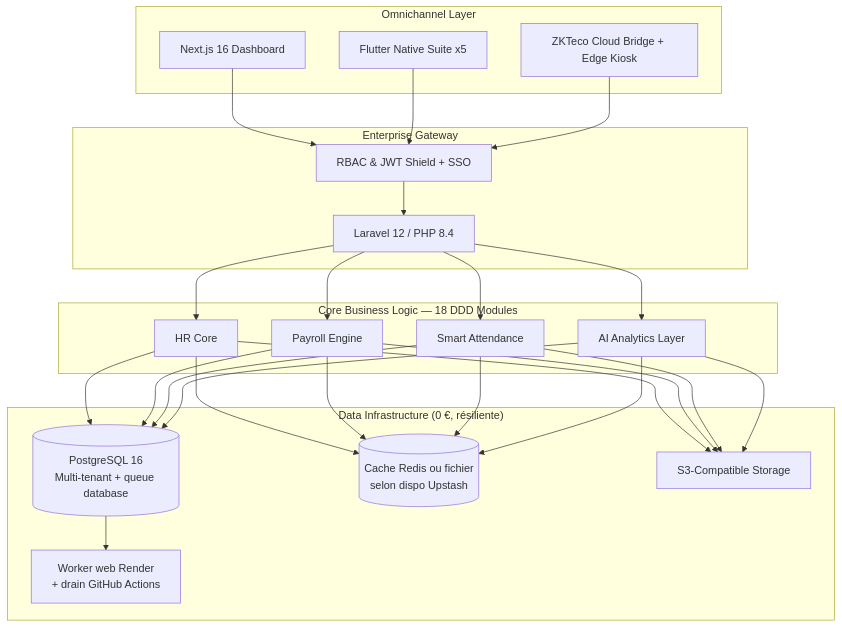
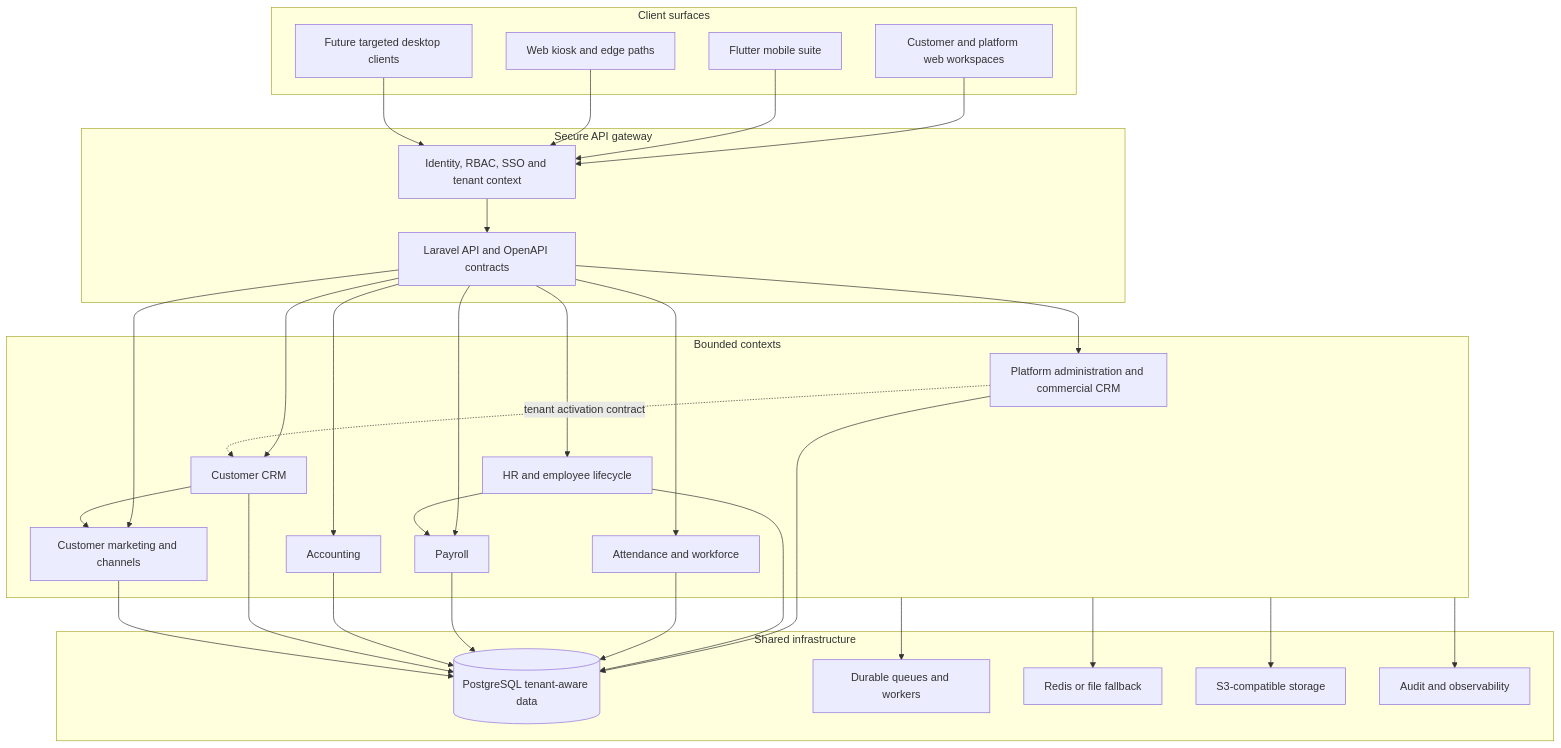
The diagram in README.md (kitokoh/leopardo-hr), drawn with Mermaid before and after one commit. The commit also changed other lines of this file and 1 other file, not shown here.

Commit message:
docs(readme): reposition Leopardo as modular platform

````diff
--- a/README.md
+++ b/README.md
@@ -100,33 +124,41 @@
 ```mermaid
 graph TB
-    subgraph "Omnichannel Layer"
-        Web[Next.js 16 Dashboard]
-        Mobile[Flutter Native Suite x5]
-        Kiosk[ZKTeco Cloud Bridge + Edge Kiosk]
+    subgraph Clients[Client surfaces]
+        Web[Customer and platform web workspaces]
+        Mobile[Flutter mobile suite]
+        Kiosk[Web kiosk and edge paths]
+        Desktop[Future targeted desktop clients]
     end
 
-    subgraph "Enterprise Gateway"
-        API[Laravel 12 / PHP 8.4]
-        Sec[RBAC & JWT Shield + SSO]
+    subgraph Gateway[Secure API gateway]
+        Auth[Identity, RBAC, SSO and tenant context]
+        API[Laravel API and OpenAPI contracts]
     end
 
-    subgraph "Core Business Logic — 18 DDD Modules"
-        HRM[HR Core]
-        PAY[Payroll Engine]
-        ATT[Smart Attendance]
-        AI[AI Analytics Layer]
+    subgraph Domains[Bounded contexts]
+        Platform[Platform administration and commercial CRM]
+        HR[HR and employee lifecycle]
+        Workforce[Attendance and workforce]
+        Payroll[Payroll]
+        Accounting[Accounting]
+        CRM[Customer CRM]
+        Marketing[Customer marketing and channels]
     end
 
-    subgraph "Data Infrastructure (0 €, résiliente)"
-        DB[(PostgreSQL 16<br/>Multi-tenant + queue database)]
-        Cache[(Cache Redis ou fichier<br/>selon dispo Upstash)]
-        Workers[Worker web Render<br/>+ drain GitHub Actions]
-        Store[S3-Compatible Storage]
+    subgraph Infrastructure[Shared infrastructure]
+        DB[(PostgreSQL tenant-aware data)]
+        Queue[Durable queues and workers]
+        Cache[Redis or file fallback]
+        Storage[S3-compatible storage]
+        Audit[Audit and observability]
     end
 
-    Web & Mobile & Kiosk --> Sec
-    Sec --> API
-    API --> HRM & PAY & ATT & AI
-    HRM & PAY & ATT & AI --> DB & Cache & Store
-    DB --> Workers
+    Web & Mobile & Kiosk & Desktop --> Auth
+    Auth --> API
+    API --> Platform & HR & Workforce & Payroll & Accounting & CRM & Marketing
+    HR --> Payroll
+    CRM --> Marketing
+    Platform -. tenant activation contract .-> CRM
+    Platform & HR & Workforce & Payroll & Accounting & CRM & Marketing --> DB
+    Domains --> Queue & Cache & Storage & Audit
 ```
````
